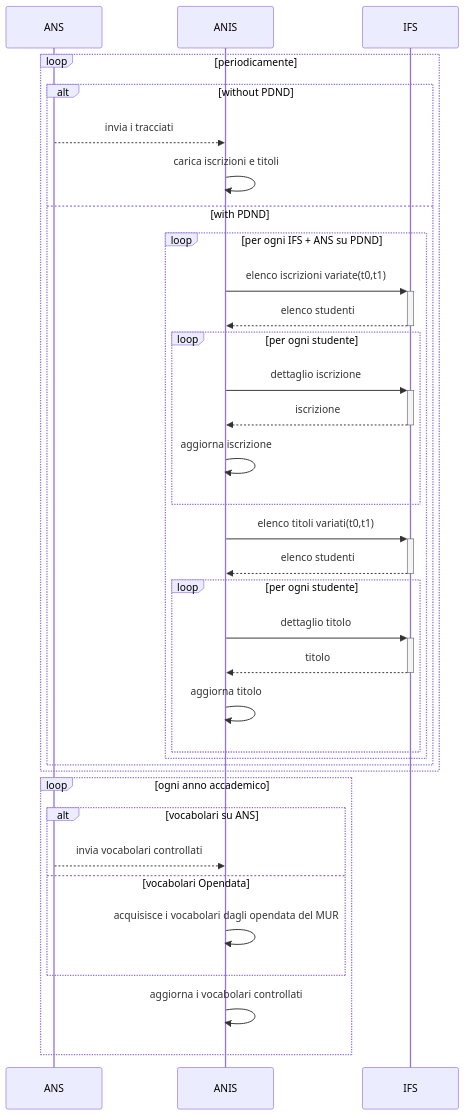
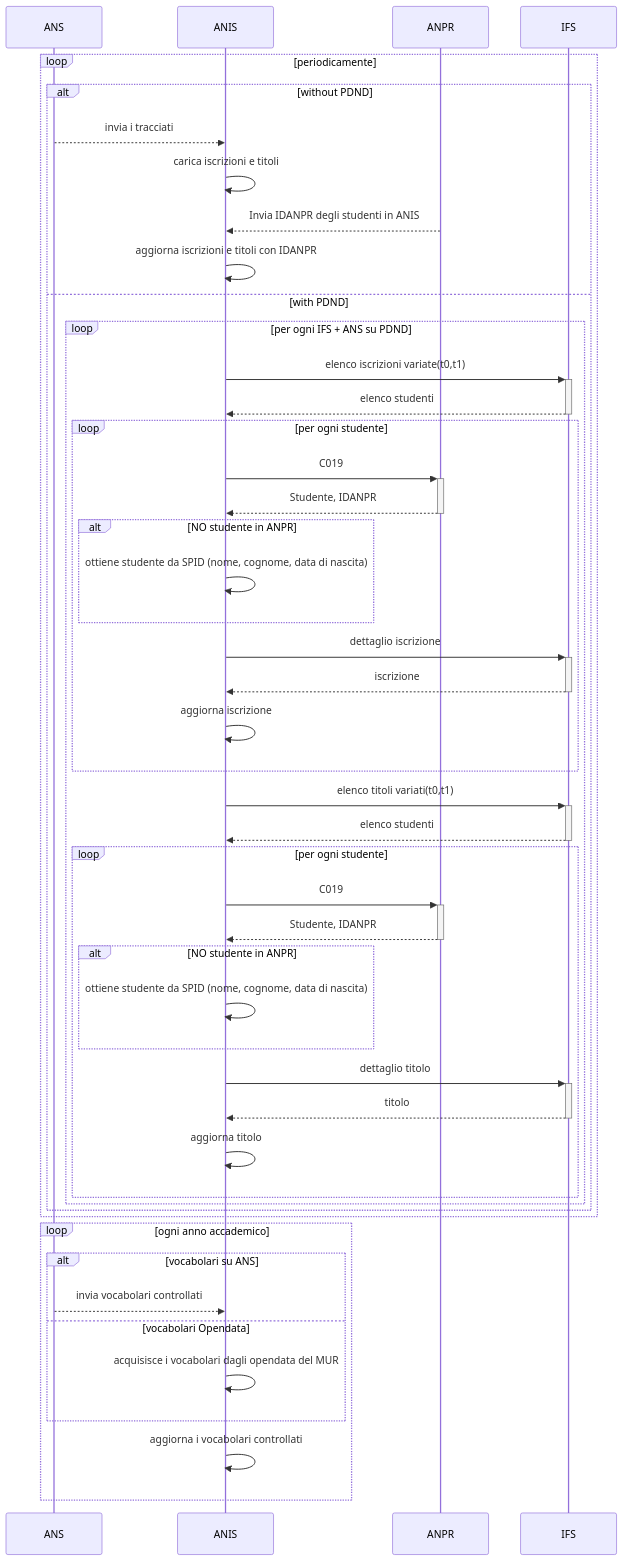
The diagram in use cases/caricamento.md (italia/anis-opendata), drawn with Mermaid before and after one commit.

Commit message:
update usecase caricamento.md

````diff
--- a/use cases/caricamento.md
+++ b/use cases/caricamento.md
@@ -1,34 +1,46 @@
 ```mermaid
 sequenceDiagram
     loop periodicamente
         alt without PDND
             ANS-->>ANIS: invia i tracciati
             ANIS->>ANIS: carica iscrizioni e titoli
+            ANPR-->>ANIS: Invia IDANPR degli studenti in ANIS
+            ANIS->>ANIS: aggiorna iscrizioni e titoli con IDANPR
         else with PDND
             loop per ogni IFS + ANS su PDND
                 ANIS->>+IFS: elenco iscrizioni variate(t0,t1)
                 IFS-->>-ANIS: elenco studenti
                 loop per ogni studente
+                    ANIS->>+ANPR: C019
+                    ANPR-->>-ANIS: Studente, IDANPR
+                    alt NO studente in ANPR
+                    ANIS->>ANIS: ottiene studente da SPID (nome, cognome, data di nascita)
+                    end
                     ANIS->>+IFS: dettaglio iscrizione
                     IFS-->>-ANIS: iscrizione
                     ANIS->>ANIS: aggiorna iscrizione
                 end
                 ANIS->>+IFS: elenco titoli variati(t0,t1)
-                IFS-->>-ANIS: elenco studenti
-                loop per ogni studente
+                IFS-->>-ANIS: elenco studenti   
+                    loop per ogni studente
+                    ANIS->>+ANPR: C019
+                    ANPR-->>-ANIS: Studente, IDANPR
+                    alt NO studente in ANPR
+                    ANIS->>ANIS: ottiene studente da SPID (nome, cognome, data di nascita)
+                    end
                     ANIS->>+IFS: dettaglio titolo
                     IFS-->>-ANIS: titolo
                     ANIS->>ANIS: aggiorna titolo
                 end
             end
         end
     end
     loop ogni anno accademico
         alt vocabolari su ANS
             ANS-->>ANIS: invia vocabolari controllati
         else vocabolari Opendata
             ANIS->>ANIS: acquisisce i vocabolari dagli opendata del MUR
         end
         ANIS->>ANIS: aggiorna i vocabolari controllati
     end
 ```
````
